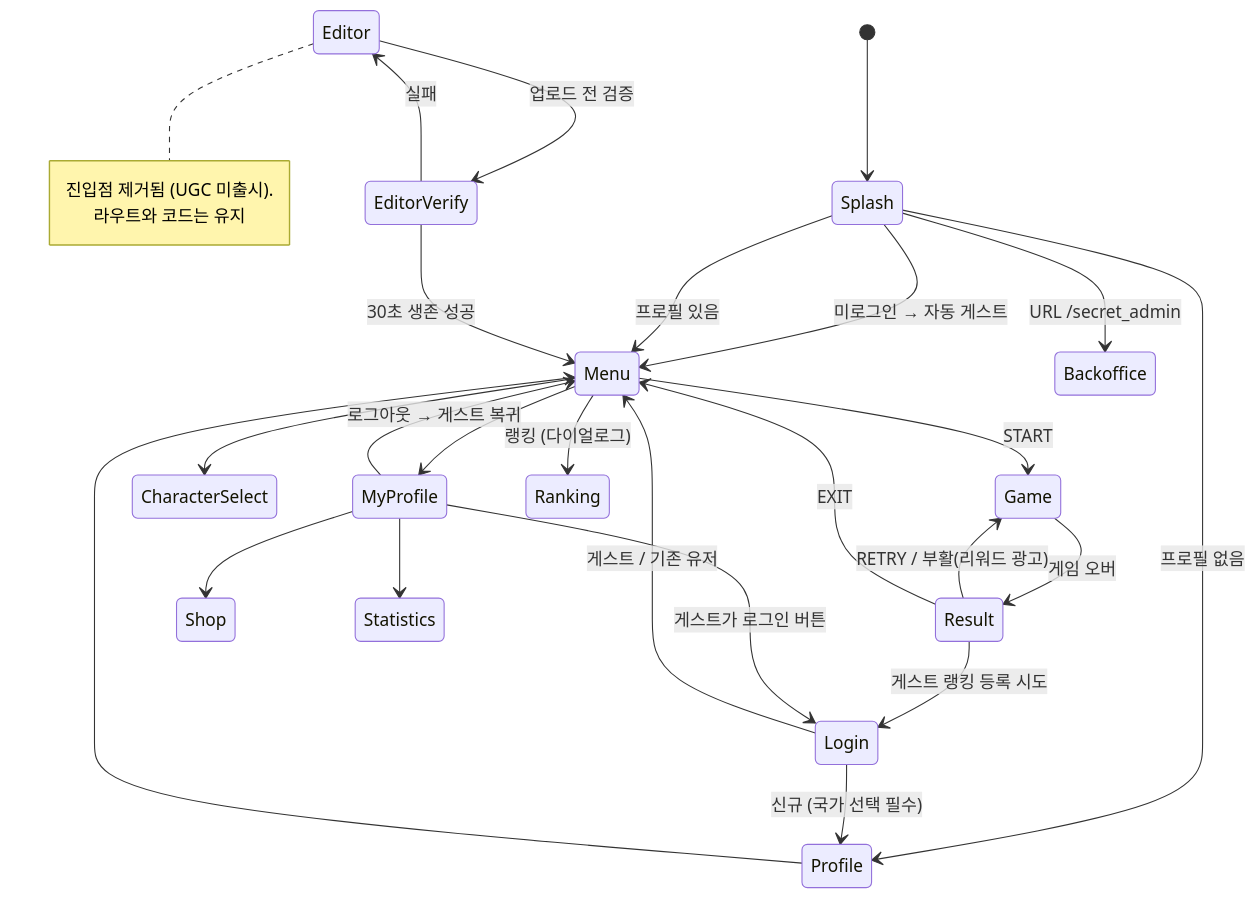
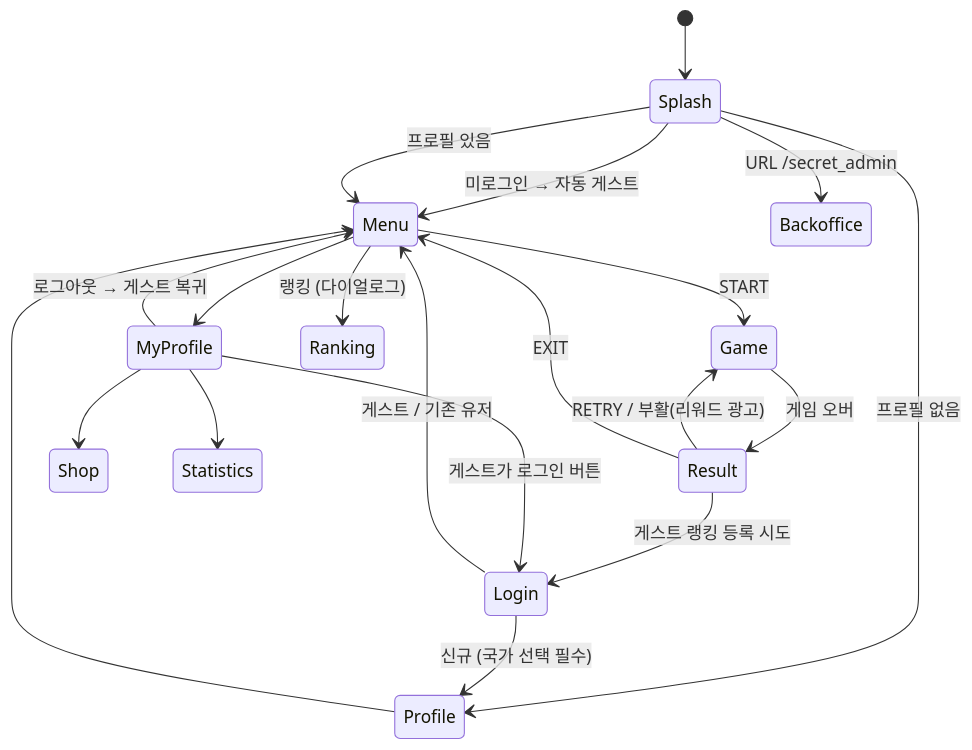
The third of 3 diagrams in ARCHITECTURE.md (herokt/zonber), drawn with Mermaid before and after one commit. The commit also changed other lines of this file and 215 other files, not shown here.

````diff
--- a/ARCHITECTURE.md
+++ b/ARCHITECTURE.md
@@ -140,35 +140,27 @@
 ```mermaid
 stateDiagram-v2
     [*] --> Splash
     Splash --> Menu: 미로그인 → 자동 게스트
     Splash --> Profile: 프로필 없음
     Splash --> Menu: 프로필 있음
     Splash --> Backoffice: URL /secret_admin
 
     Login --> Profile: 신규 (국가 선택 필수)
     Login --> Menu: 게스트 / 기존 유저
     Profile --> Menu
 
     Menu --> Game: START
-    Menu --> CharacterSelect
     Menu --> MyProfile
     Menu --> Ranking: 랭킹 (다이얼로그)
 
     Game --> Result: 게임 오버
     Result --> Game: RETRY / 부활(리워드 광고)
     Result --> Menu: EXIT
     Result --> Login: 게스트 랭킹 등록 시도
 
     MyProfile --> Shop
     MyProfile --> Statistics
     MyProfile --> Menu: 로그아웃 → 게스트 복귀
     MyProfile --> Login: 게스트가 로그인 버튼
 
-    Editor --> EditorVerify: 업로드 전 검증
-    EditorVerify --> Menu: 30초 생존 성공
-    EditorVerify --> Editor: 실패
-    note right of Editor
-        진입점 제거됨 (UGC 미출시).
-        라우트와 코드는 유지
-    end note
 ```
````
